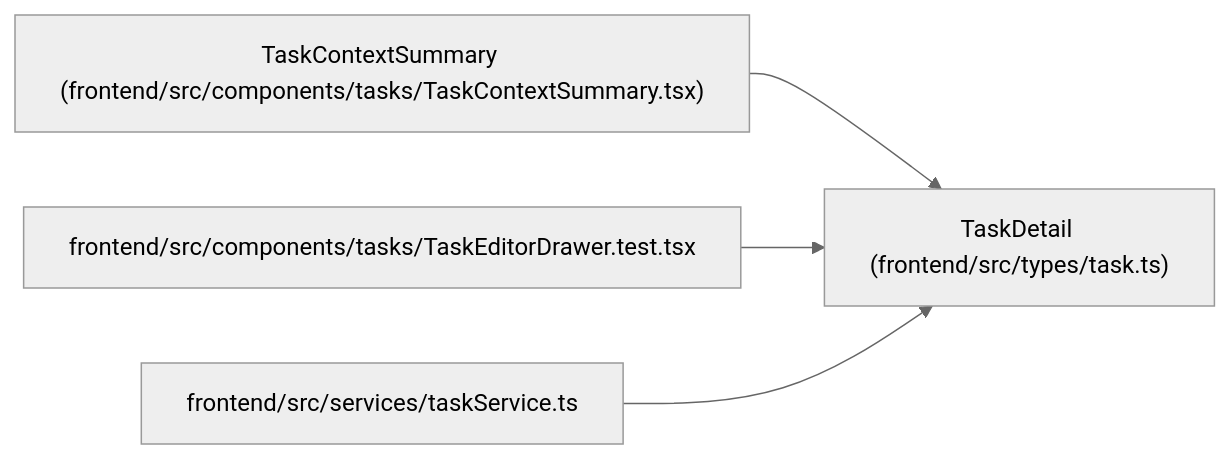
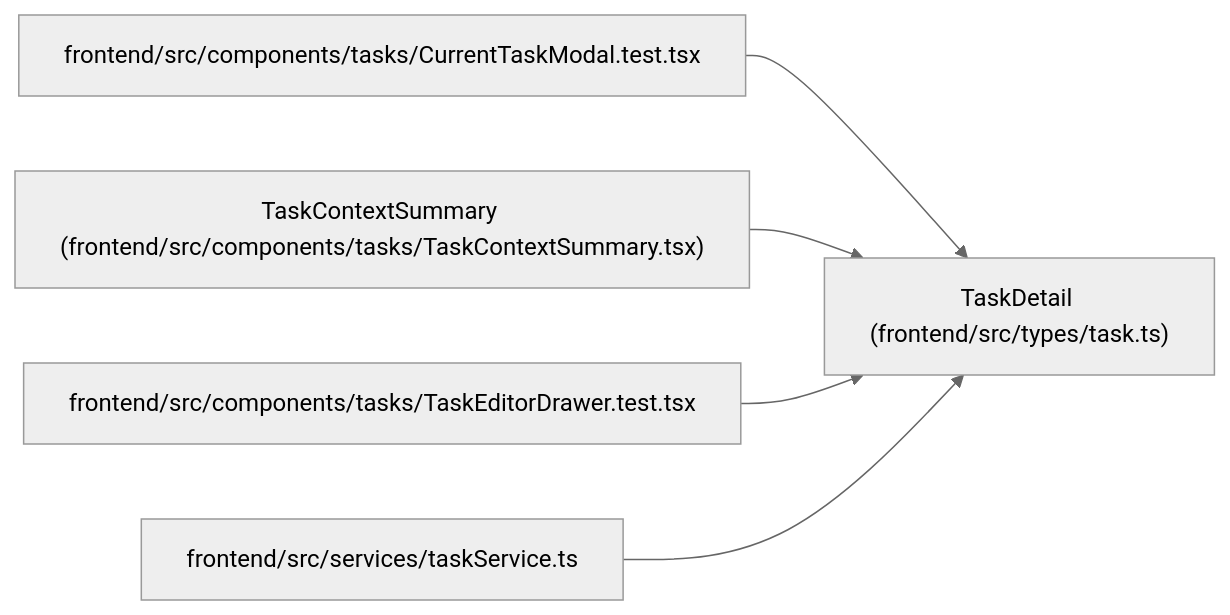
The diagram in docs/llm_wiki/entities/TaskDetail.md (Denissvgn/WorkChord), drawn with Mermaid (neutral theme) before and after one commit. The commit also changed other lines of this file and 10148 other files, not shown here.

````diff
--- a/docs/llm_wiki/entities/TaskDetail.md
+++ b/docs/llm_wiki/entities/TaskDetail.md
@@ -30,14 +30,17 @@
 ```mermaid
 flowchart LR
     n0["TaskDetail (frontend/src/types/task.ts)"]
-    n1["TaskContextSummary (frontend/src/components/tasks/TaskContextSummary.tsx)"]
-    n2["frontend/src/components/tasks/TaskEditorDrawer.test.tsx"]
-    n3["frontend/src/services/taskService.ts"]
+    n1["frontend/src/components/tasks/CurrentTaskModal.test.tsx"]
+    n2["TaskContextSummary (frontend/src/components/tasks/TaskContextSummary.tsx)"]
+    n3["frontend/src/components/tasks/TaskEditorDrawer.test.tsx"]
+    n4["frontend/src/services/taskService.ts"]
     n1 --> n0
     n2 --> n0
     n3 --> n0
+    n4 --> n0
     click n0 "../modules/types_task.md"
-    click n1 "../modules/TaskContextSummary.md"
-    click n2 "../modules/TaskEditorDrawer.test.md"
-    click n3 "../modules/taskService.md"
+    click n1 "../modules/CurrentTaskModal.test.md"
+    click n2 "../modules/TaskContextSummary.md"
+    click n3 "../modules/TaskEditorDrawer.test.md"
+    click n4 "../modules/taskService.md"
 ```
````
